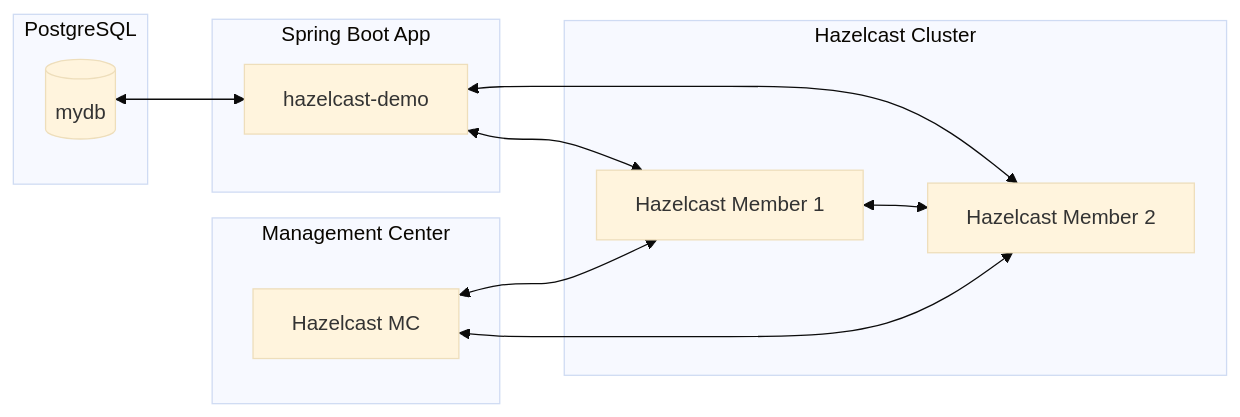
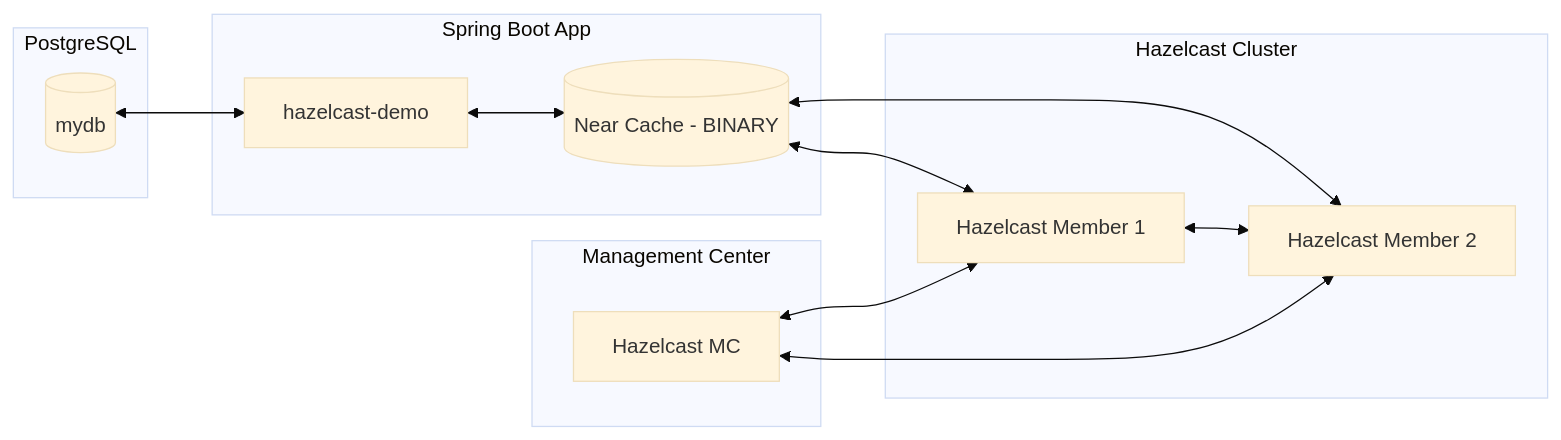
The diagram in README.md (rizkiauliasa/hazelcast-demo), drawn with Mermaid (base theme) before and after one commit. The commit also changed other lines of this file, not shown here.

````diff
--- a/README.md
+++ b/README.md
@@ -71,26 +72,28 @@
 ```mermaid
 flowchart LR
     subgraph DB[PostgreSQL]
         P[(mydb)]
     end
 
     subgraph HC[Hazelcast Cluster]
         H1[Hazelcast Member 1]
         H2[Hazelcast Member 2]
     end
 
     subgraph APP[Spring Boot App]
         S[hazelcast-demo]
+        NC[(Near Cache - BINARY)]
     end
 
     subgraph MC[Management Center]
         M[Hazelcast MC]
     end
 
     P <--> S
-    S <--> H1
-    S <--> H2
+    S <--> NC
+    NC <--> H1
+    NC <--> H2
     H1 <--> H2
     M <--> H1
     M <--> H2
 ```
````
